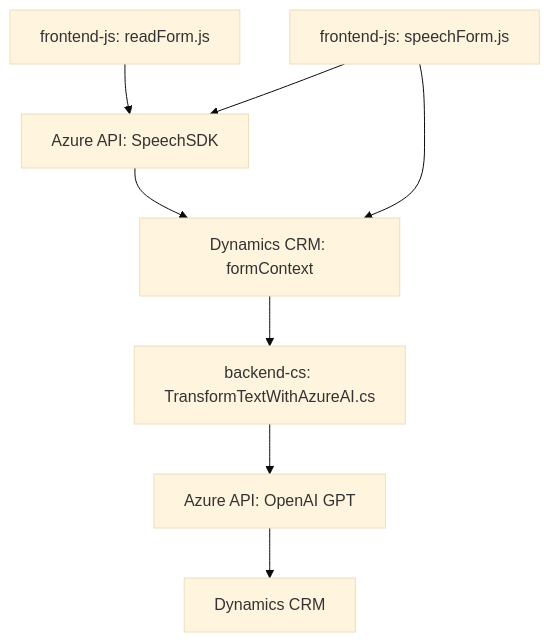
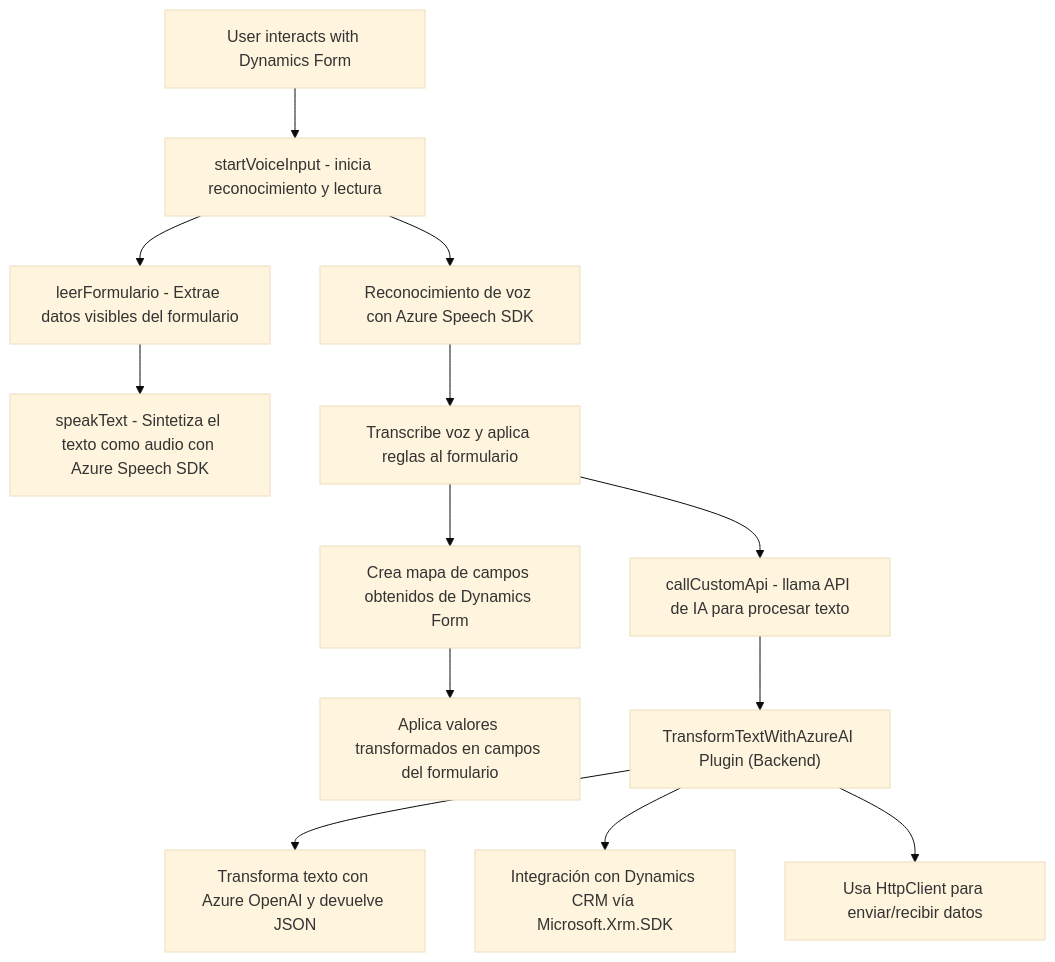
The diagram in README.md (blopezdm/NETCORE_BILBAO2025), drawn with Mermaid (base theme) before and after one commit. The commit also changed other lines of this file, not shown here.

Commit message:
Actualizar análisis global de la solución con IA

````diff
--- a/README.md
+++ b/README.md
@@ -38,10 +40,33 @@
 ```mermaid
 graph TD
-    A["frontend-js: readForm.js"] --> B["Azure API: SpeechSDK"]
-    B --> C["Dynamics CRM: formContext"]
-    D["frontend-js: speechForm.js"] --> B
-    D --> C
-    E["backend-cs: TransformTextWithAzureAI.cs"] --> F["Azure API: OpenAI GPT"]
-    F --> G["Dynamics CRM"]
-    C --> E
+A["User interacts with Dynamics Form"]
+B["startVoiceInput - inicia reconocimiento y lectura"]
+C["leerFormulario - Extrae datos visibles del formulario"]
+D["speakText - Sintetiza el texto como audio con Azure Speech SDK"]
+
+A --> B
+B --> C
+C --> D
+
+E["Reconocimiento de voz con Azure Speech SDK"]
+F["Transcribe voz y aplica reglas al formulario"]
+G["callCustomApi - llama API de IA para procesar texto"]
+H["Crea mapa de campos obtenidos de Dynamics Form"]
+I["Aplica valores transformados en campos del formulario"]
+
+B --> E
+E --> F
+F --> G
+F --> H
+H --> I
+
+J["TransformTextWithAzureAI Plugin (Backend)"]
+K["Transforma texto con Azure OpenAI y devuelve JSON"]
+L["Integración con Dynamics CRM vía Microsoft.Xrm.SDK"]
+M["Usa HttpClient para enviar/recibir datos"]
+
+G --> J
+J --> K
+J --> L
+J --> M
 ```
````
